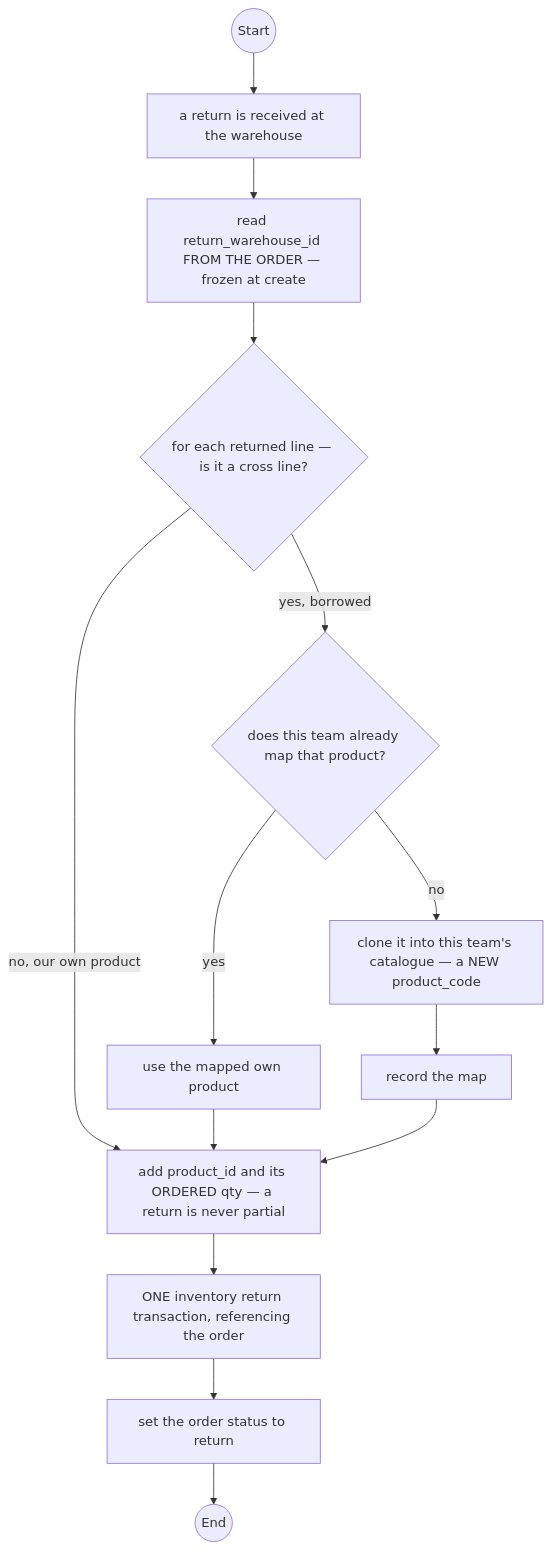
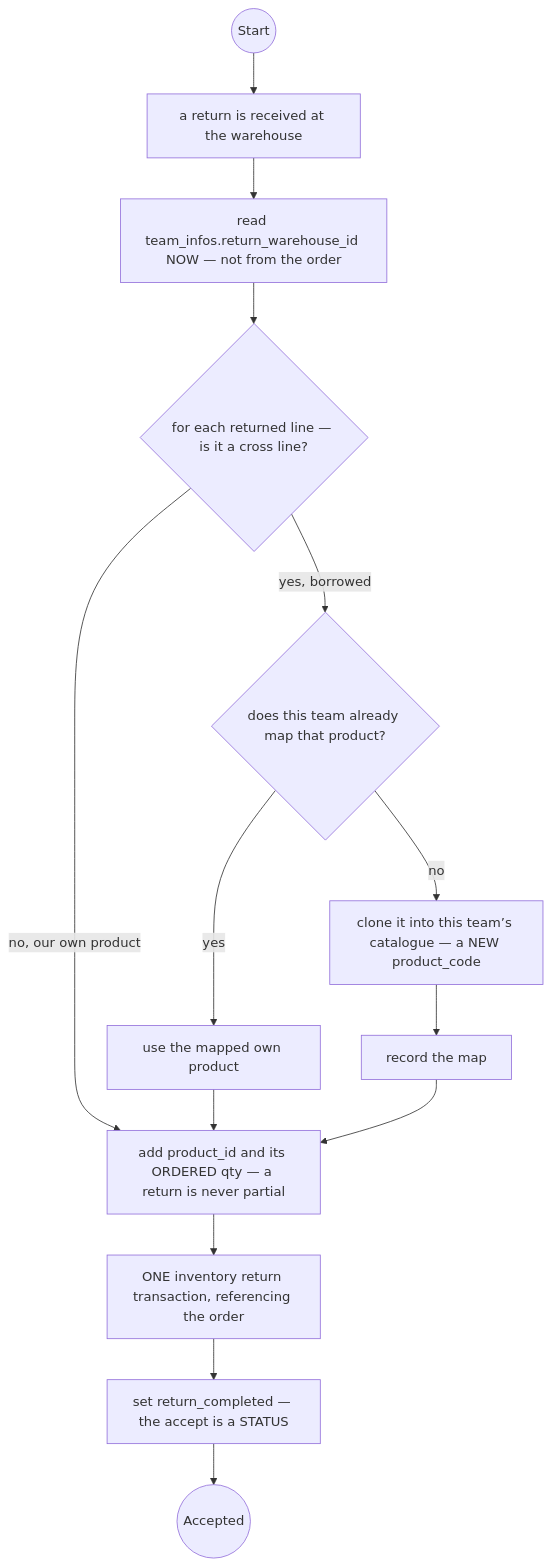
Before and after one commit to pdcgo/warehouse_revamp: the second of 4 diagrams in docs/business/order/order_return_clarify.md, drawn with Mermaid. The commit also changed other lines of this file and 5 other files, not shown here.

Commit message:
order return

````diff
--- a/docs/business/order/order_return_clarify.md
+++ b/docs/business/order/order_return_clarify.md
@@ -78,16 +111,16 @@
 ```mermaid
 flowchart TD
   S(("Start")) --> R["a return is received at the warehouse"]
-  R --> W["read return_warehouse_id FROM THE ORDER — frozen at create"]
+  R --> W["read team_infos.return_warehouse_id NOW — not from the order"]
   W --> IT{"for each returned line — is it a cross line?"}
   IT -->|"no, our own product"| ADD["add product_id and its ORDERED qty — a return is never partial"]
   IT -->|"yes, borrowed"| M{"does this team already map that product?"}
   M -->|"yes"| USE["use the mapped own product"]
   USE --> ADD
-  M -->|"no"| C["clone it into this team's catalogue — a NEW product_code"]
+  M -->|"no"| C["clone it into this team’s catalogue — a NEW product_code"]
   C --> REG["record the map"]
   REG --> ADD
   ADD --> P["ONE inventory return transaction, referencing the order"]
-  P --> ST["set the order status to return"]
-  ST --> E(("End"))
+  P --> ST["set return_completed — the accept is a STATUS"]
+  ST --> E2(("Accepted"))
 ```
````
